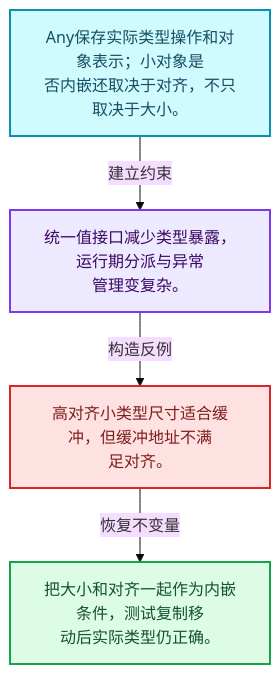
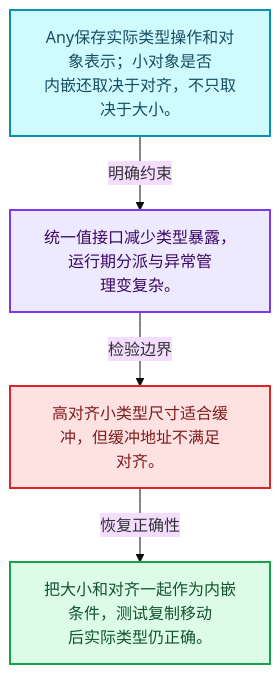
Before and after one commit to yunkezengren/blender-.vscode: the first of 4 diagrams in 杂/markdown/全面学习-codex/01-基础容器与现代CPP/17-Any类型擦除存储.md, drawn with Mermaid (base theme). The commit also changed other lines of this file and 1930 other files, not shown here.

````diff
--- a/杂/markdown/全面学习-codex/01-基础容器与现代CPP/17-Any类型擦除存储.md
+++ b/杂/markdown/全面学习-codex/01-基础容器与现代CPP/17-Any类型擦除存储.md
@@ -29,16 +29,16 @@
 ```mermaid
 flowchart TB
-  M["Any保存实际类型操作和对象表示；小对象是<br/>否内嵌还取决于对齐，不只取决于大小。"]:::data
-  T["统一值接口减少类型暴露，运行期分派与异常<br/>管理变复杂。"]:::abstraction
-  X["高对齐小类型尺寸适合缓冲，但缓冲地址不满<br/>足对齐。"]:::error
-  A["把大小和对齐一起作为内嵌条件，测试复制移<br/>动后实际类型仍正确。"]:::result
-  M -->|"建立约束"| T
-  T -->|"构造反例"| X
-  X -->|"恢复不变量"| A
+  M["Any保存实际类型操作和对象表示；小对象是否<br/>内嵌还取决于对齐，不只取决于大小。"]:::data
+  C["统一值接口减少类型暴露，运行期分派与异常管<br/>理变复杂。"]:::abstraction
+  B["高对齐小类型尺寸适合缓冲，但缓冲地址不满足<br/>对齐。"]:::error
+  R["把大小和对齐一起作为内嵌条件，测试复制移动<br/>后实际类型仍正确。"]:::result
+  M -->|"明确约束"| C
+  C -->|"检验边界"| B
+  B -->|"恢复正确性"| R
   classDef input fill:#DBEAFE,stroke:#2563EB,color:#172554,stroke-width:2px;
   classDef data fill:#CFFAFE,stroke:#0891B2,color:#164E63,stroke-width:2px;
   classDef abstraction fill:#EDE9FE,stroke:#7C3AED,color:#3B0764,stroke-width:2px;
   classDef compute fill:#FEF3C7,stroke:#D97706,color:#78350F,stroke-width:2px;
   classDef result fill:#DCFCE7,stroke:#16A34A,color:#14532D,stroke-width:2px;
   classDef error fill:#FEE2E2,stroke:#DC2626,color:#7F1D1D,stroke-width:2px;
 ```
````
